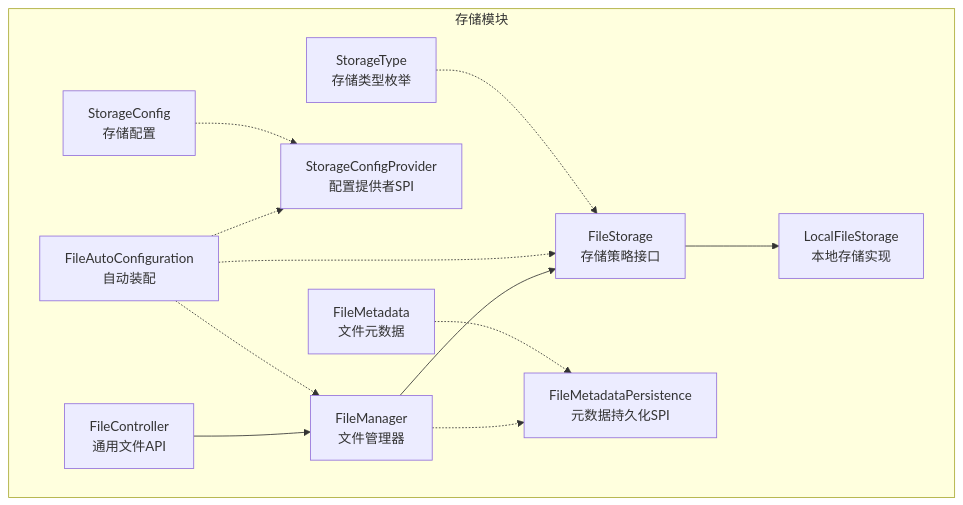
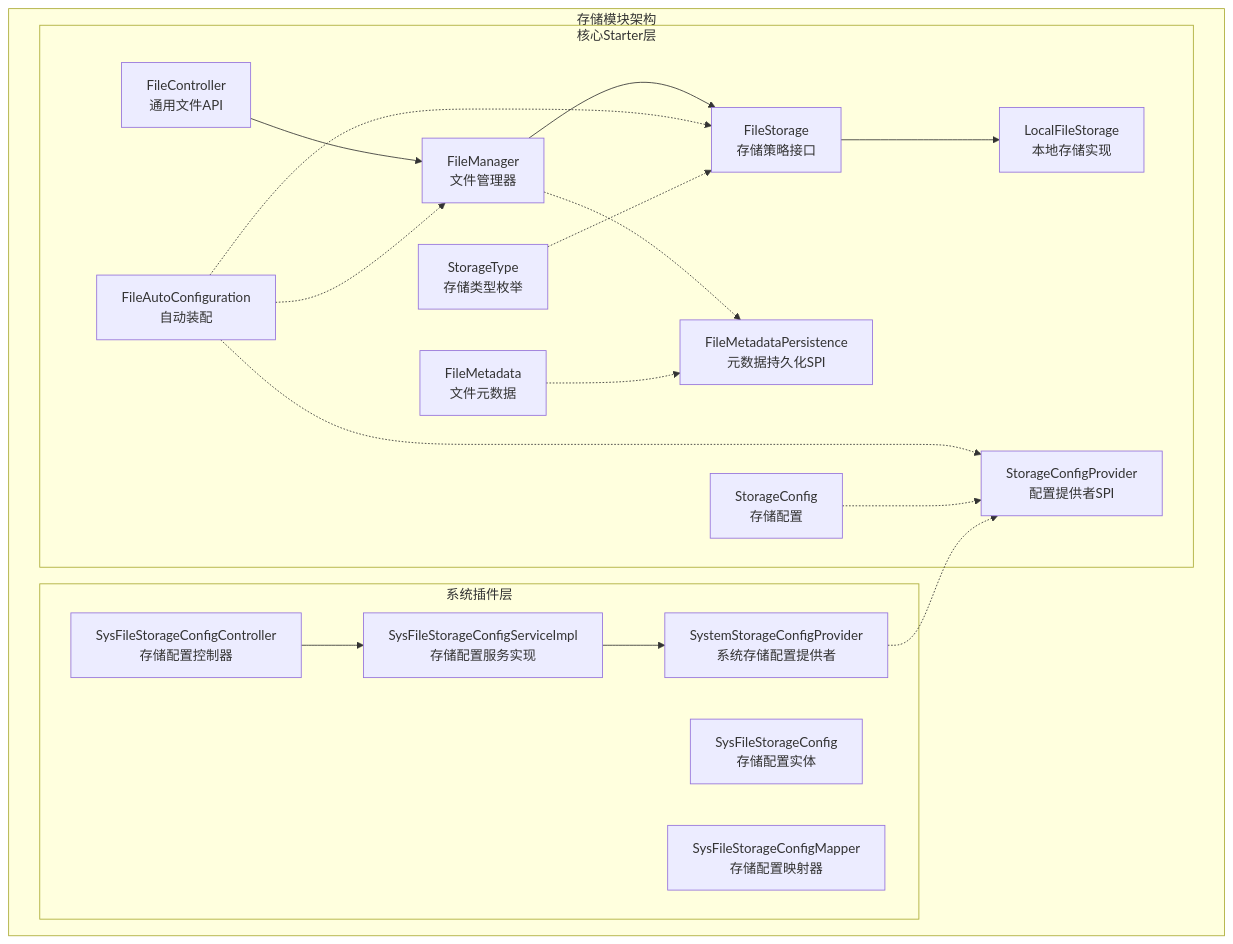
The first of 7 diagrams in .qoder/repowiki/zh/content/后端框架详解/存储模块/存储模块.md (yaomindong1996/forge-admin), drawn with Mermaid before and after one commit. The commit also changed other lines of this file and 76 other files, not shown here.

````diff
--- a/.qoder/repowiki/zh/content/后端框架详解/存储模块/存储模块.md
+++ b/.qoder/repowiki/zh/content/后端框架详解/存储模块/存储模块.md
@@ -45,25 +60,37 @@
 ```mermaid
 graph TB
-subgraph "存储模块"
+subgraph "存储模块架构"
+subgraph "核心Starter层"
 AC["FileAutoConfiguration<br/>自动装配"]
 FM["FileManager<br/>文件管理器"]
 FC["FileController<br/>通用文件API"]
 FS_IF["FileStorage<br/>存储策略接口"]
 LFS["LocalFileStorage<br/>本地存储实现"]
 FMP_SPI["FileMetadataPersistence<br/>元数据持久化SPI"]
 SCP_SPI["StorageConfigProvider<br/>配置提供者SPI"]
 FT["StorageType<br/>存储类型枚举"]
 MD["FileMetadata<br/>文件元数据"]
 CFG["StorageConfig<br/>存储配置"]
 end
+subgraph "系统插件层"
+SC["SystemStorageConfigProvider<br/>系统存储配置提供者"]
+SCC["SysFileStorageConfigController<br/>存储配置控制器"]
+SCS["SysFileStorageConfigServiceImpl<br/>存储配置服务实现"]
+SCE["SysFileStorageConfig<br/>存储配置实体"]
+SCM["SysFileStorageConfigMapper<br/>存储配置映射器"]
+end
+end
 FC --> FM
 FM --> FS_IF
 FS_IF --> LFS
 FM -.-> FMP_SPI
 AC -.-> SCP_SPI
 AC -.-> FS_IF
 AC -.-> FM
 FT -.-> FS_IF
 MD -.-> FMP_SPI
 CFG -.-> SCP_SPI
+SC -.-> SCP_SPI
+SCC --> SCS
+SCS --> SC
 ```
````
